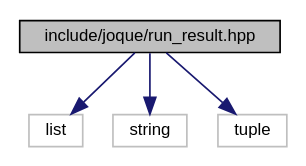
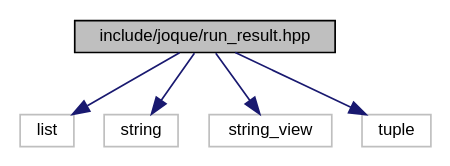
One commit to koniarik/joque changed the diagram in run__result_8hpp__incl.dot. Above: the diagram before and after it, drawn with Graphviz. The commit also changed 122 other files, not shown here.

```diff
--- a/run__result_8hpp__incl.dot
+++ b/run__result_8hpp__incl.dot
@@ -1,13 +1,15 @@
 digraph "include/joque/run_result.hpp"
 {
  // LATEX_PDF_SIZE
   edge [fontname="Helvetica",fontsize="10",labelfontname="Helvetica",labelfontsize="10"];
   node [fontname="Helvetica",fontsize="10",shape=record];
   Node1 [label="include/joque/run_result.hpp",height=0.2,width=0.4,color="black", fillcolor="grey75", style="filled", fontcolor="black",tooltip=" "];
   Node1 -> Node2 [color="midnightblue",fontsize="10",style="solid",fontname="Helvetica"];
   Node2 [label="list",height=0.2,width=0.4,color="grey75", fillcolor="white", style="filled",tooltip=" "];
   Node1 -> Node3 [color="midnightblue",fontsize="10",style="solid",fontname="Helvetica"];
   Node3 [label="string",height=0.2,width=0.4,color="grey75", fillcolor="white", style="filled",tooltip=" "];
   Node1 -> Node4 [color="midnightblue",fontsize="10",style="solid",fontname="Helvetica"];
-  Node4 [label="tuple",height=0.2,width=0.4,color="grey75", fillcolor="white", style="filled",tooltip=" "];
+  Node4 [label="string_view",height=0.2,width=0.4,color="grey75", fillcolor="white", style="filled",tooltip=" "];
+  Node1 -> Node5 [color="midnightblue",fontsize="10",style="solid",fontname="Helvetica"];
+  Node5 [label="tuple",height=0.2,width=0.4,color="grey75", fillcolor="white", style="filled",tooltip=" "];
 }
```
